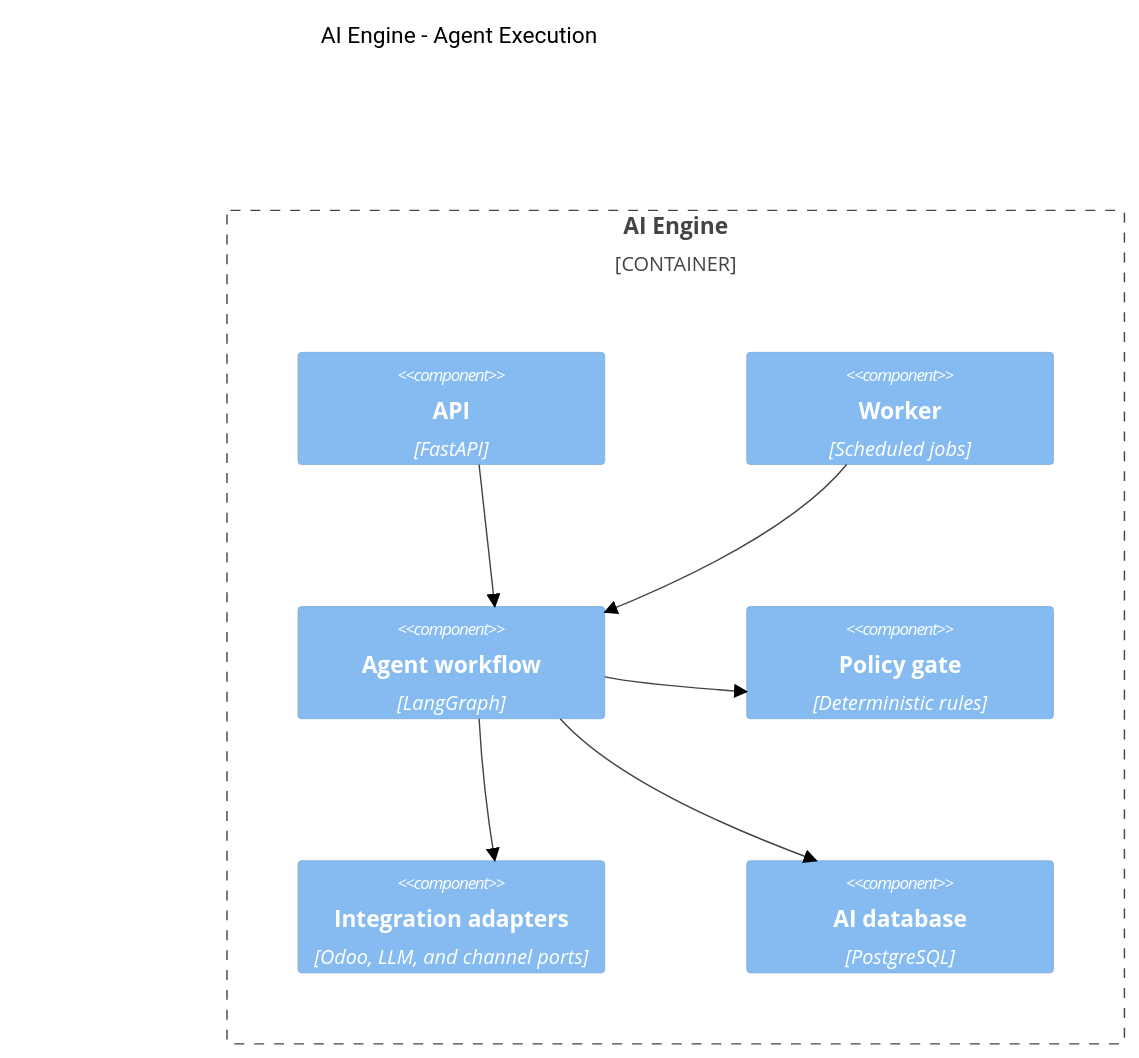
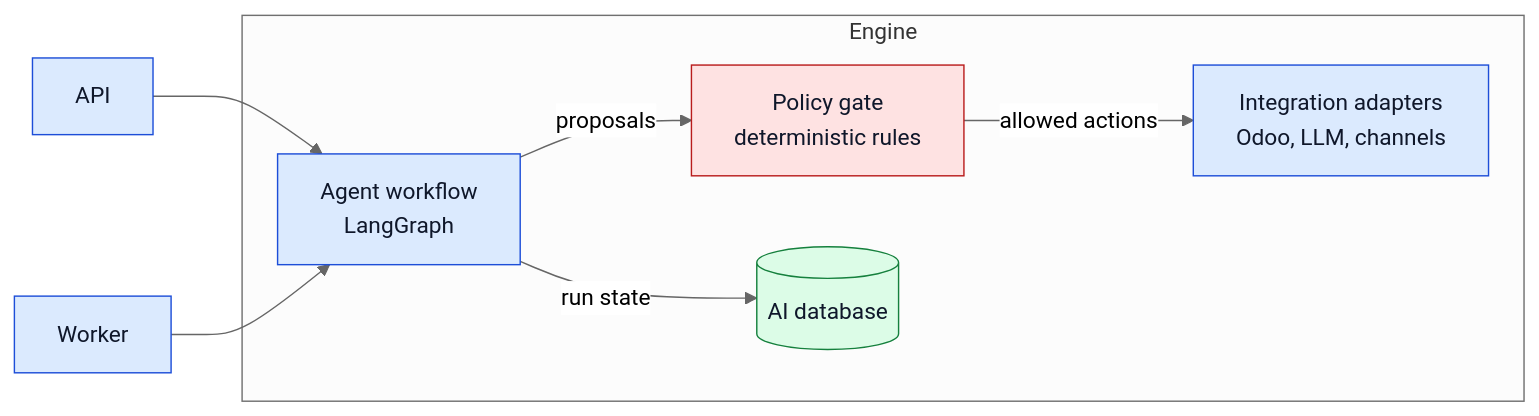
One commit to aymanaboghonim/odoo-agentic-retention-engine changed the third of 3 diagrams in docs/architecture/system-overview.md. Above: the diagram before and after it, drawn with Mermaid (neutral theme). The commit also changed other lines of this file and 3 other files, not shown here.

First line of the commit message:
docs: switch architecture diagrams to Mermaid flowcharts

````diff
--- a/docs/architecture/system-overview.md
+++ b/docs/architecture/system-overview.md
@@ -45,19 +63,25 @@
 ```mermaid
-C4Component
-    title AI Engine - Agent Execution
+flowchart LR
+    api["API"]
+    worker["Worker"]
 
-    Container_Boundary(engine, "AI Engine") {
-        Component(api, "API", "FastAPI")
-        Component(worker, "Worker", "Scheduled jobs")
-        Component(workflow, "Agent workflow", "LangGraph")
-        Component(policy, "Policy gate", "Deterministic rules")
-        Component(adapters, "Integration adapters", "Odoo, LLM, and channel ports")
-        Component(state_store, "AI database", "PostgreSQL")
-    }
+    subgraph engine["Engine"]
+        workflow["Agent workflow<br/>LangGraph"]
+        policy["Policy gate<br/>deterministic rules"]
+        adapters["Integration adapters<br/>Odoo, LLM, channels"]
+        state[("AI database")]
+    end
 
-    Rel(api, workflow, "")
-    Rel(worker, workflow, "")
-    Rel(workflow, policy, "")
-    Rel(workflow, adapters, "")
-    Rel(workflow, state_store, "")
+    api --> workflow
+    worker --> workflow
+    workflow -- "proposals" --> policy
+    policy -- "allowed actions" --> adapters
+    workflow -- "run state" --> state
+
+    classDef app fill:#dbeafe,stroke:#1d4ed8,color:#0f172a
+    classDef safety fill:#fee2e2,stroke:#b91c1c,color:#0f172a
+    classDef data fill:#dcfce7,stroke:#15803d,color:#0f172a
+    class api,worker,workflow,adapters app
+    class policy safety
+    class state data
 ```
````
